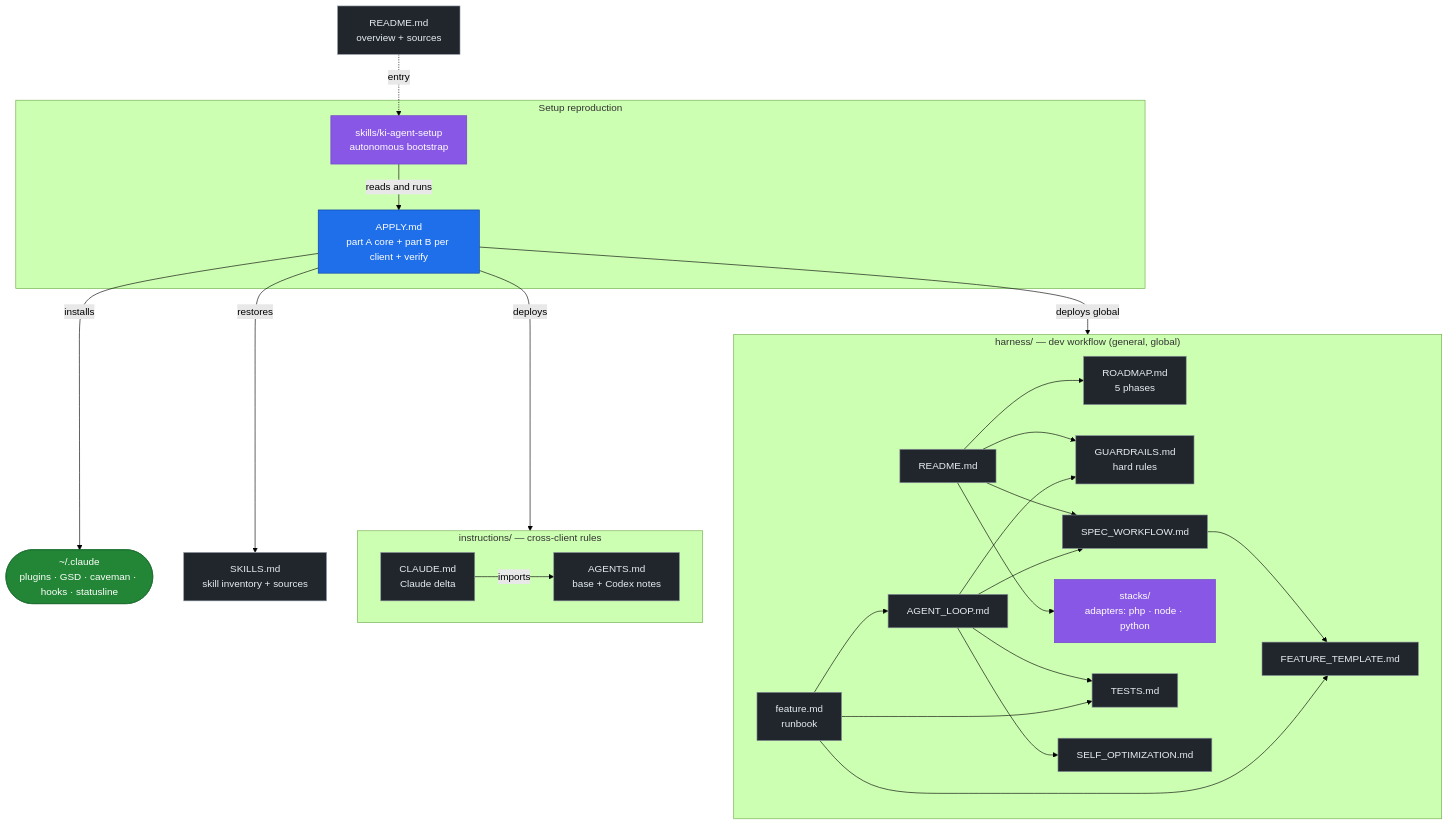
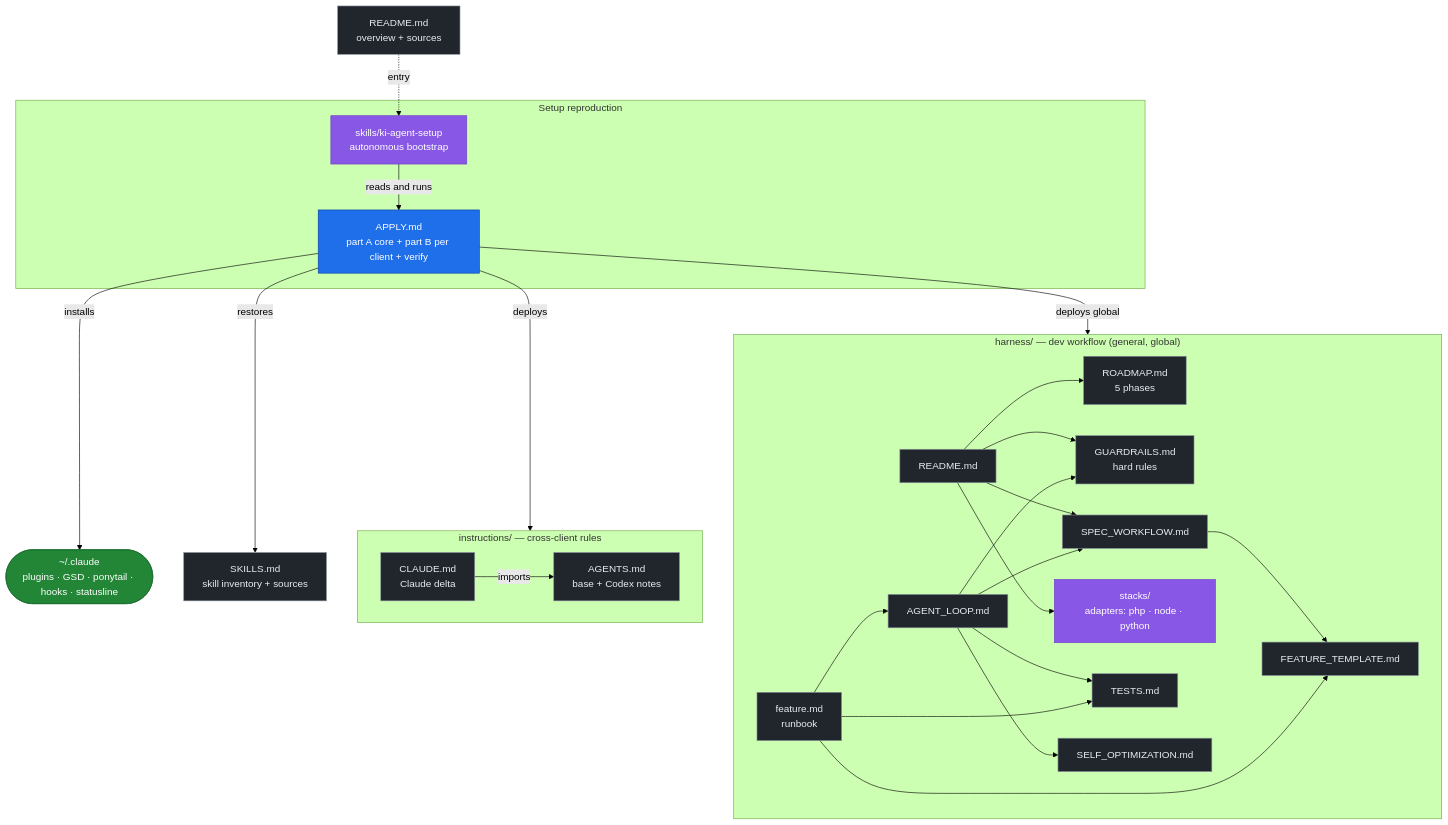
One commit to derivo/ki-agent-setup changed the diagram in README.en.md. Above: the diagram before and after it, drawn with Mermaid (forest theme). The commit also changed other lines of this file and 6 other files, not shown here.

First line of the commit message:
instructions: switch the active Claude Code mode to ponytail

````diff
--- a/README.en.md
+++ b/README.en.md
@@ -141,47 +145,47 @@
 ```mermaid
 flowchart TD
     README["README.md<br/>overview + sources"]:::doc
 
     subgraph SETUP[" Setup reproduction "]
         SKILL["skills/ki-agent-setup<br/>autonomous bootstrap"]:::skill
         APPLY["APPLY.md<br/>part A core + part B per client + verify"]:::core
         SKILL -->|reads and runs| APPLY
     end
 
     subgraph INSTR[" instructions/ — cross-client rules "]
         AGENTS["AGENTS.md<br/>base + Codex notes"]:::doc
         CLAUDE["CLAUDE.md<br/>Claude delta"]:::doc
         CLAUDE -->|imports| AGENTS
     end
 
     SKILLS["SKILLS.md<br/>skill inventory + sources"]:::doc
-    TOOLS(["~/.claude<br/>plugins · GSD · caveman · hooks · statusline"]):::target
+    TOOLS(["~/.claude<br/>plugins · GSD · ponytail · hooks · statusline"]):::target
 
     subgraph HARN[" harness/ — dev workflow (general, global) "]
         HREADME["README.md"]:::doc
         ROADMAP["ROADMAP.md<br/>5 phases"]:::doc
         GUARD["GUARDRAILS.md<br/>hard rules"]:::doc
         SPECW["SPEC_WORKFLOW.md"]:::doc
         FEATT["FEATURE_TEMPLATE.md"]:::doc
         TESTS["TESTS.md"]:::doc
         LOOP["AGENT_LOOP.md"]:::doc
         SELF["SELF_OPTIMIZATION.md"]:::doc
         FEAT["feature.md<br/>runbook"]:::doc
         PHPAD["stacks/<br/>adapters: php · node · python"]:::skill
         HREADME --> ROADMAP & GUARD & SPECW & PHPAD
         SPECW --> FEATT
         LOOP --> GUARD & TESTS & SPECW & SELF
         FEAT --> LOOP & FEATT & TESTS
     end
 
     README -. entry .-> SKILL
     APPLY -->|deploys| INSTR
     APPLY -->|installs| TOOLS
     APPLY -->|restores| SKILLS
     APPLY -->|deploys global| HARN
 
     classDef core fill:#1f6feb,stroke:#0d419d,color:#fff;
     classDef skill fill:#8957e5,stroke:#6e40c9,color:#fff;
     classDef doc fill:#21262d,stroke:#8b949e,color:#e6edf3;
     classDef target fill:#238636,stroke:#196c2e,color:#fff;
 ```
````
